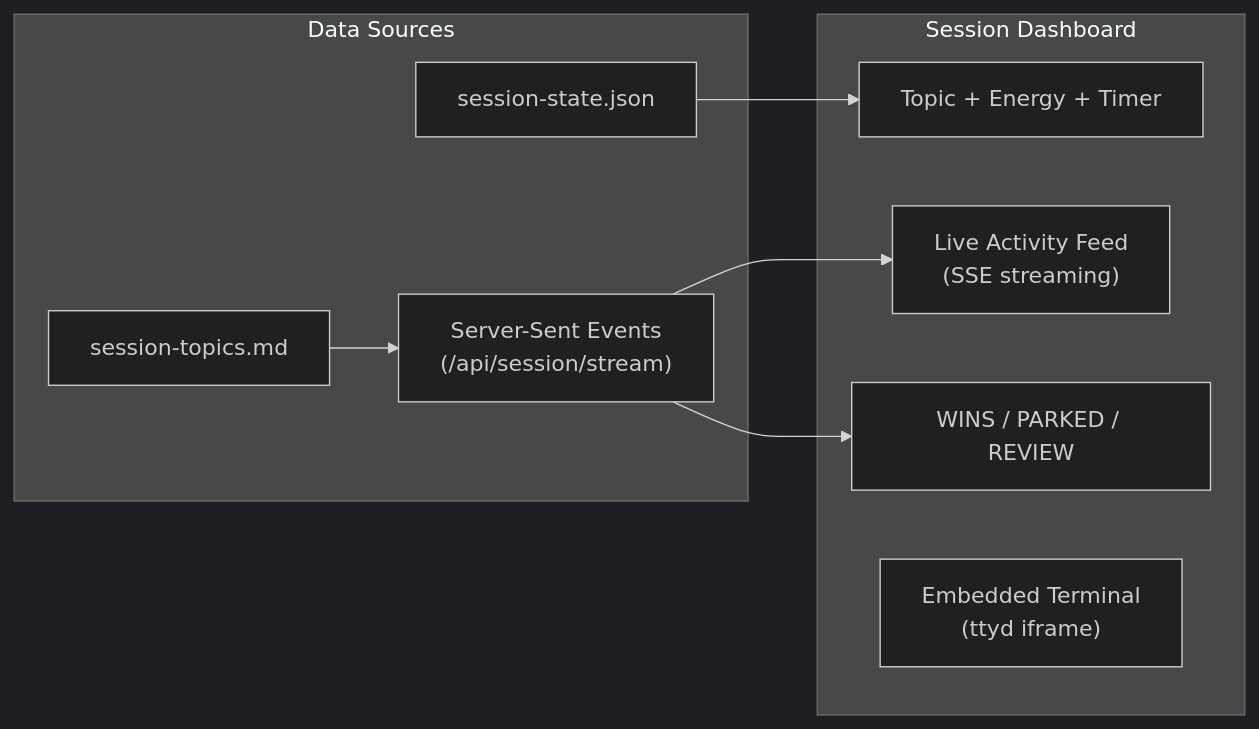
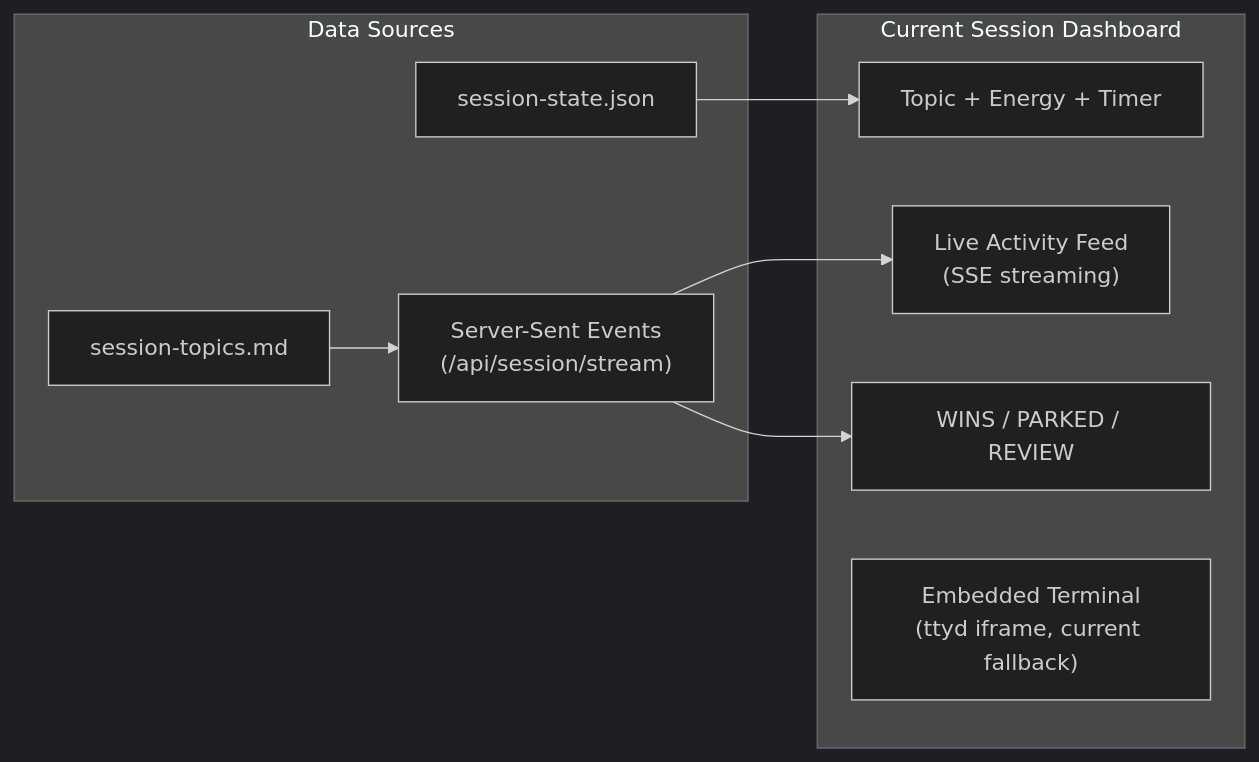
The third of 4 diagrams in docs/web-ui-guide.md (NetDevAutomate/StudyLoop), drawn with Mermaid (dark theme) before and after one commit. The commit also changed other lines of this file and 44 other files, not shown here.

Commit message:
Document StudyLoop architecture and local study flow

````diff
--- a/docs/web-ui-guide.md
+++ b/docs/web-ui-guide.md
@@ -124,20 +127,20 @@
 ```mermaid
 graph LR
-    subgraph "Session Dashboard"
+    subgraph "Current Session Dashboard"
         META["Topic + Energy + Timer"]
         FEED["Live Activity Feed<br/>(SSE streaming)"]
         COUNTERS["WINS / PARKED / REVIEW"]
-        TERM["Embedded Terminal<br/>(ttyd iframe)"]
+        TERM["Embedded Terminal<br/>(ttyd iframe, current fallback)"]
     end
 
     subgraph "Data Sources"
         SSE["Server-Sent Events<br/>(/api/session/stream)"]
         STATE["session-state.json"]
         IPC["session-topics.md"]
     end
 
     STATE --> META
     SSE --> FEED
     SSE --> COUNTERS
     IPC --> SSE
 ```
````
